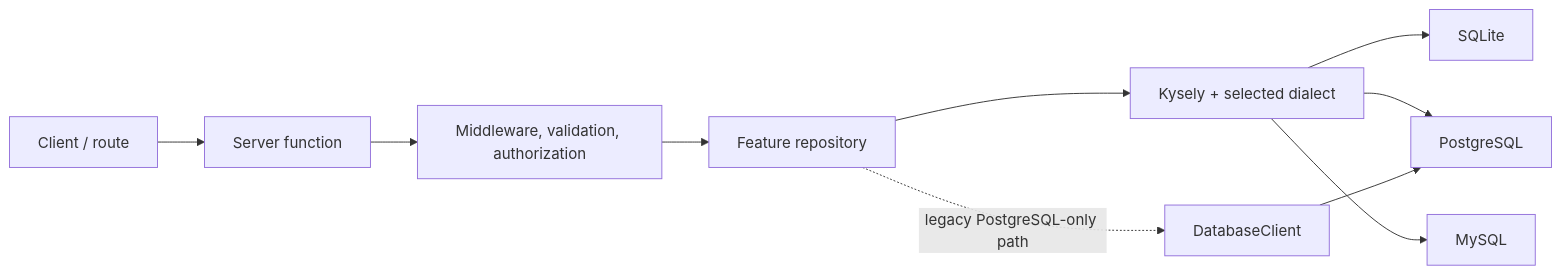
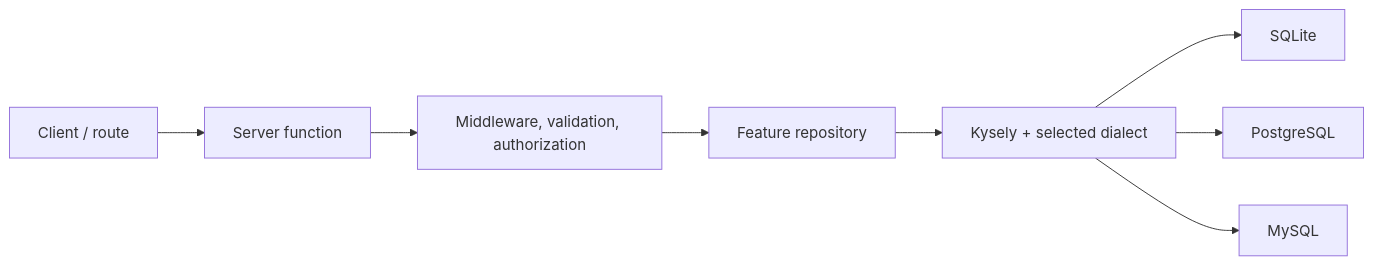
The first of 2 diagrams in docs/ARCHITECTURE.md (achmadya-dev/ai-project-template), drawn with Mermaid before and after one commit. The commit also changed other lines of this file and 70 other files, not shown here.

````diff
--- a/docs/ARCHITECTURE.md
+++ b/docs/ARCHITECTURE.md
@@ -9,12 +9,10 @@
 ```mermaid
 flowchart LR
     UI["Client / route"] --> Fn["Server function"]
     Fn --> Boundary["Middleware, validation, authorization"]
     Boundary --> Repo["Feature repository"]
     Repo --> Portable["Kysely + selected dialect"]
     Portable --> SQLite["SQLite"]
     Portable --> Postgres["PostgreSQL"]
     Portable --> MySQL["MySQL"]
-    Repo -. "legacy PostgreSQL-only path" .-> Legacy["DatabaseClient"]
-    Legacy --> Postgres
 ```
````
